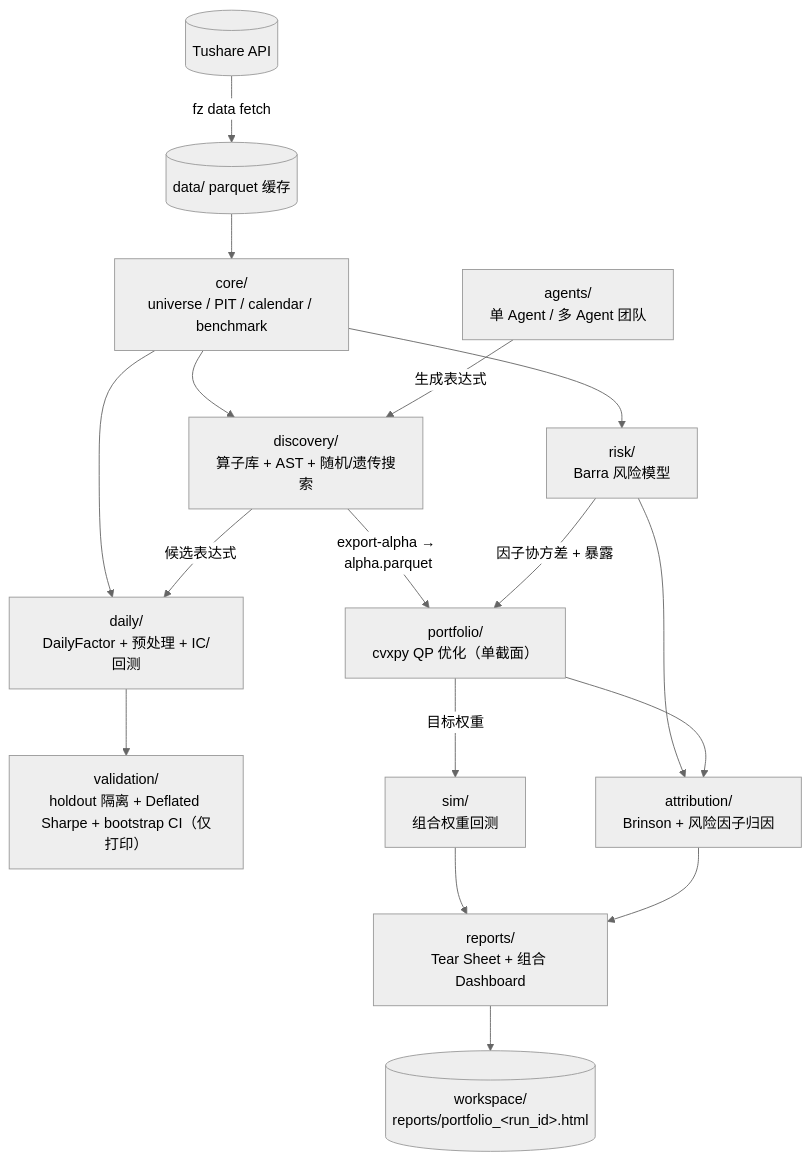
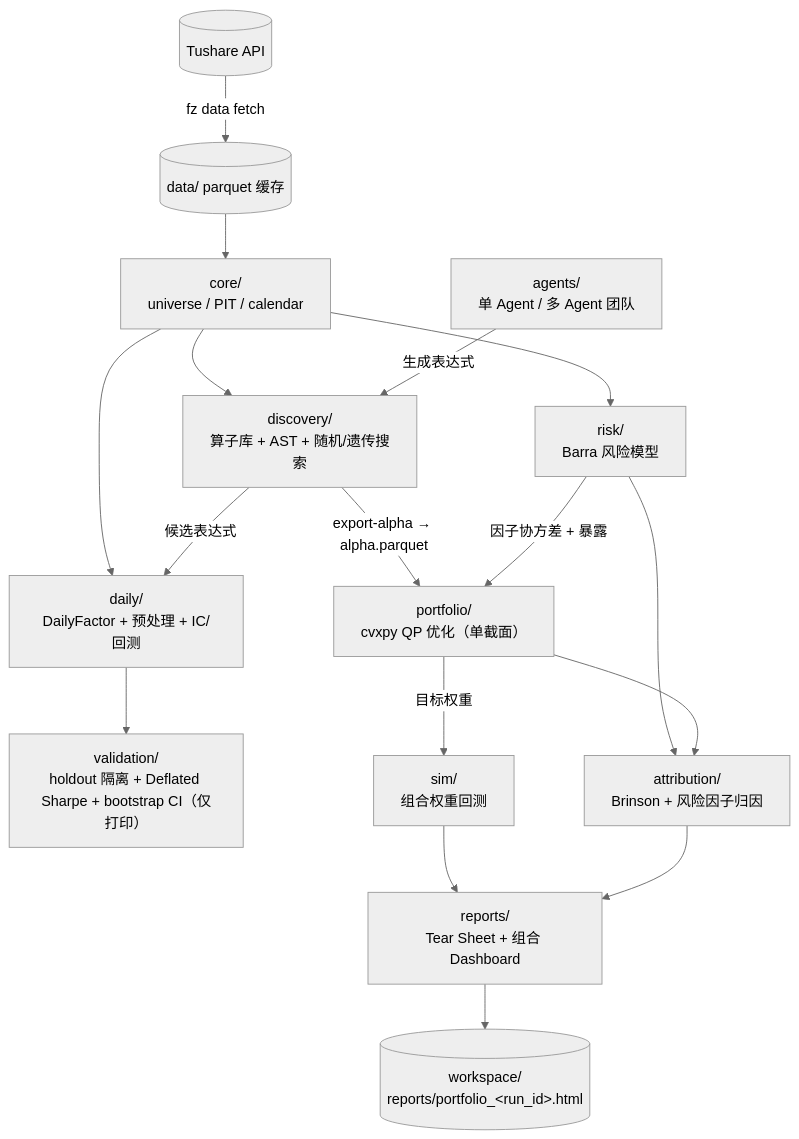
Before and after one commit to rookiewu417/FactorZen: the diagram in docs/architecture.md, drawn with Mermaid (neutral theme). The commit also changed other lines of this file and 6 other files, not shown here.

First line of the commit message:
docs: 修正Brinson方法论描述漂移+architecture/README的benchmark遗漏+快照路径不存在

````diff
--- a/docs/architecture.md
+++ b/docs/architecture.md
@@ -64,27 +64,27 @@
 ```mermaid
 graph TD
     TS[("Tushare API")] -->|fz data fetch| DATA[("data/ parquet 缓存")]
 
-    DATA --> CORE["core/<br/>universe / PIT / calendar / benchmark"]
+    DATA --> CORE["core/<br/>universe / PIT / calendar"]
 
     CORE --> DAILY["daily/<br/>DailyFactor + 预处理 + IC/回测"]
     CORE --> DISC["discovery/<br/>算子库 + AST + 随机/遗传搜索"]
     CORE --> RISK["risk/<br/>Barra 风险模型"]
 
     DISC -->|候选表达式| DAILY
     AGENTS["agents/<br/>单 Agent / 多 Agent 团队"] -->|生成表达式| DISC
 
     DAILY --> VAL["validation/<br/>holdout 隔离 + Deflated Sharpe + bootstrap CI（仅打印）"]
 
     DISC -->|export-alpha → alpha.parquet| PORT["portfolio/<br/>cvxpy QP 优化（单截面）"]
     RISK -->|因子协方差 + 暴露| PORT
     RISK --> ATTR["attribution/<br/>Brinson + 风险因子归因"]
     PORT --> ATTR
 
     PORT -->|目标权重| SIM["sim/<br/>组合权重回测"]
 
     SIM --> RPT["reports/<br/>Tear Sheet + 组合 Dashboard"]
     ATTR --> RPT
 
     RPT --> WS[("workspace/<br/>reports/portfolio_&lt;run_id&gt;.html")]
 ```
````
